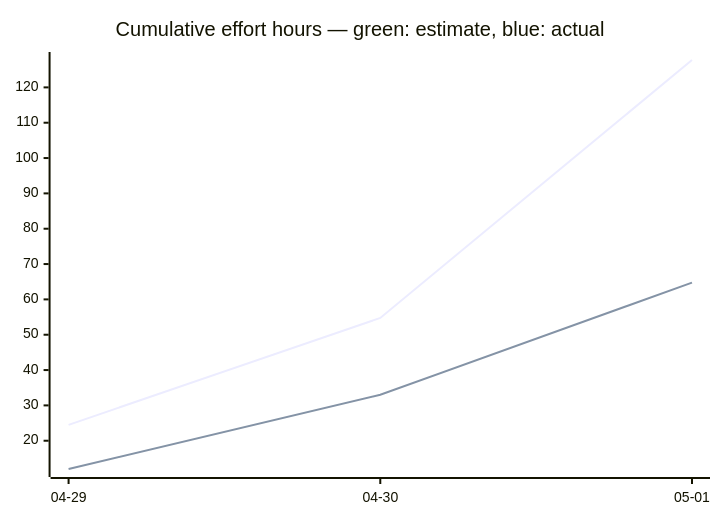
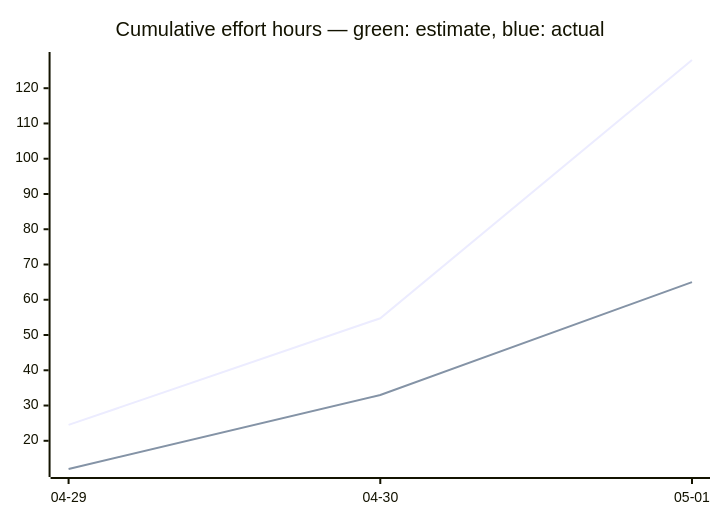
The third of 3 diagrams in docs/developers/tasks/OVERVIEW.md (tgd1975/AwesomeStudioPedal), drawn with Mermaid before and after one commit. The commit also changed other lines of this file and 2 other files, not shown here.

````diff
--- a/docs/developers/tasks/OVERVIEW.md
+++ b/docs/developers/tasks/OVERVIEW.md
@@ -40,7 +40,7 @@
 ```mermaid
 xychart-beta
     title "Cumulative effort hours — green: estimate, blue: actual"
     x-axis ["04-29", "04-30", "05-01"]
-    line [24.5, 54.75, 127.75]
-    line [12, 33, 64.75]
+    line [24.5, 54.75, 128]
+    line [12, 33, 65]
 ```
````
